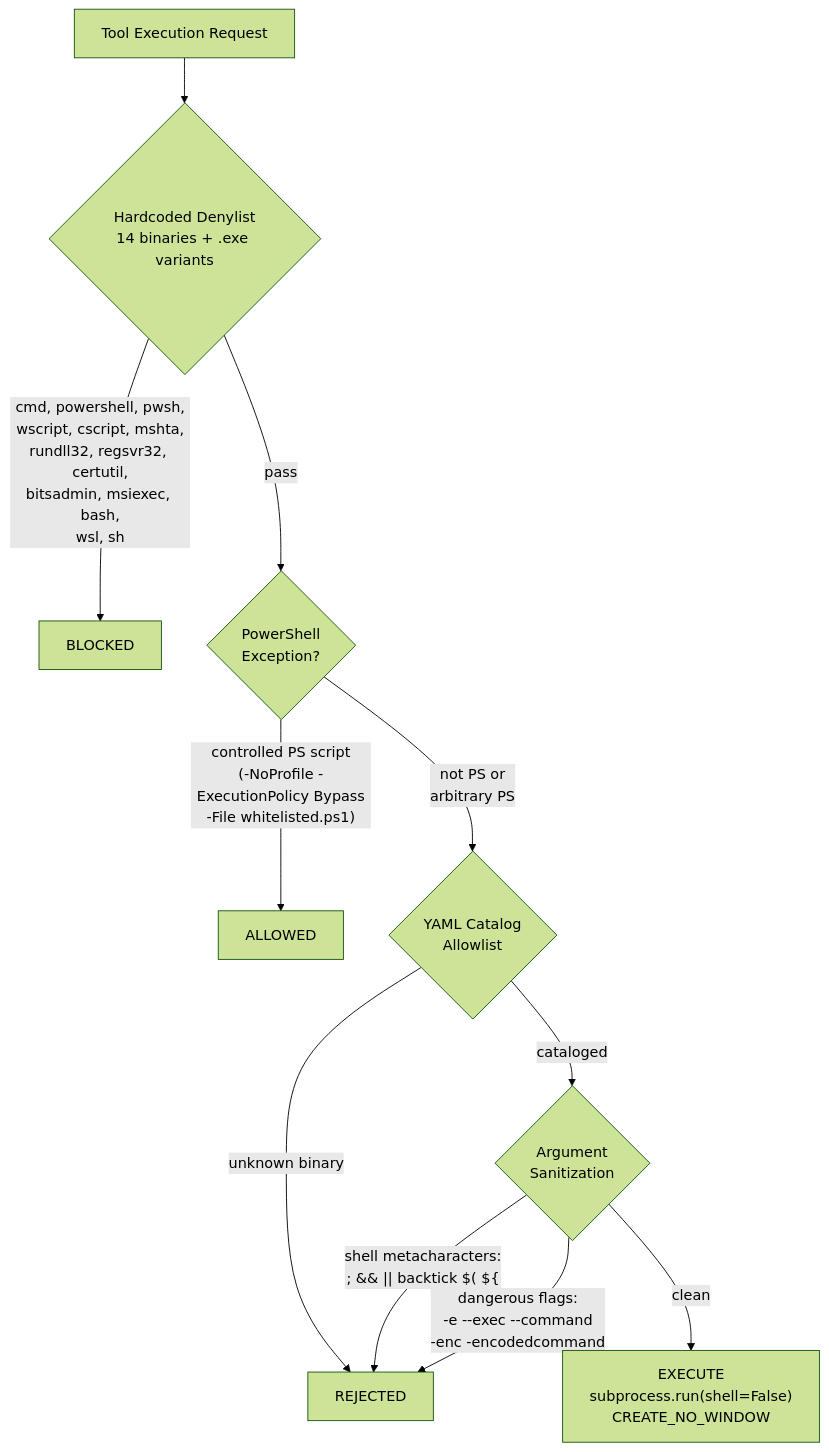
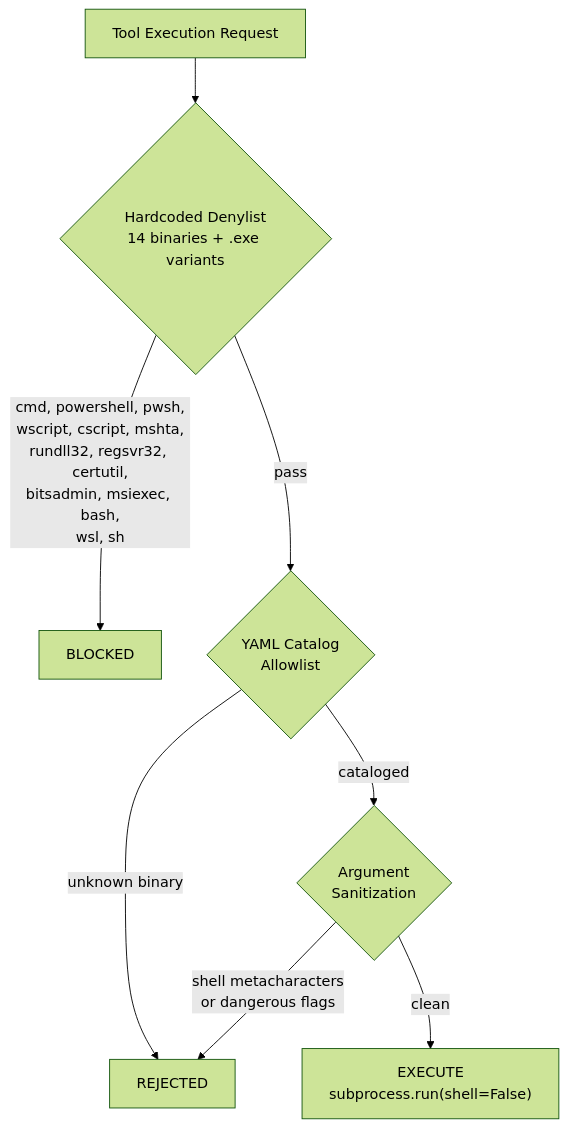
One commit to AppliedIR/wintools-mcp changed the third of 3 diagrams in README.md. Above: the diagram before and after it, drawn with Mermaid (forest theme). The commit also changed other lines of this file, not shown here.

````diff
--- a/README.md
+++ b/README.md
@@ -114,13 +37,10 @@
 ```mermaid
 graph TB
     INPUT["Tool Execution Request"] --> D{"Hardcoded Denylist<br/>14 binaries + .exe variants"}
     D -->|"cmd, powershell, pwsh,<br/>wscript, cscript, mshta,<br/>rundll32, regsvr32, certutil,<br/>bitsadmin, msiexec, bash,<br/>wsl, sh"| BLOCKED["BLOCKED"]
-    D -->|"pass"| PS{"PowerShell<br/>Exception?"}
-    PS -->|"controlled PS script<br/>(-NoProfile -ExecutionPolicy Bypass<br/>-File whitelisted.ps1)"| ALLOW["ALLOWED"]
-    PS -->|"not PS or<br/>arbitrary PS"| A{"YAML Catalog<br/>Allowlist"}
+    D -->|"pass"| A{"YAML Catalog<br/>Allowlist"}
     A -->|"unknown binary"| REJECTED["REJECTED"]
     A -->|"cataloged"| S{"Argument<br/>Sanitization"}
-    S -->|"shell metacharacters:<br/>; && || backtick $( ${"| REJECTED
-    S -->|"dangerous flags:<br/>-e --exec --command<br/>-enc -encodedcommand"| REJECTED
-    S -->|"clean"| E["EXECUTE<br/>subprocess.run(shell=False)<br/>CREATE_NO_WINDOW"]
+    S -->|"shell metacharacters<br/>or dangerous flags"| REJECTED
+    S -->|"clean"| E["EXECUTE<br/>subprocess.run(shell=False)"]
 ```
````
